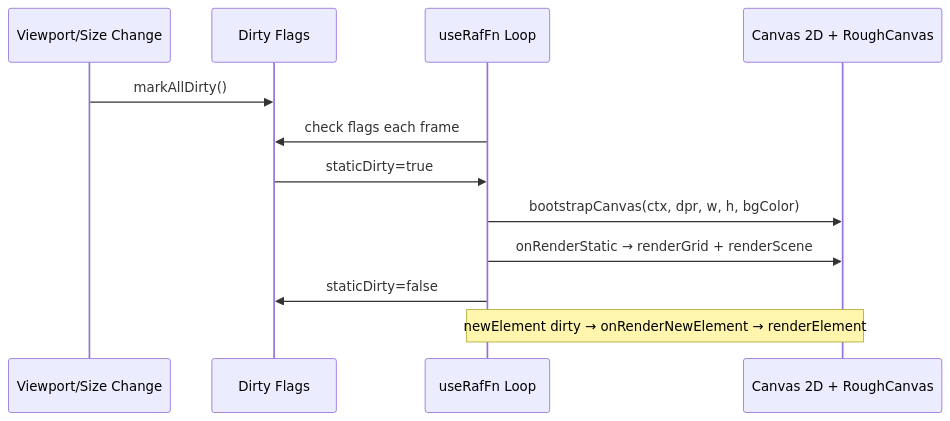
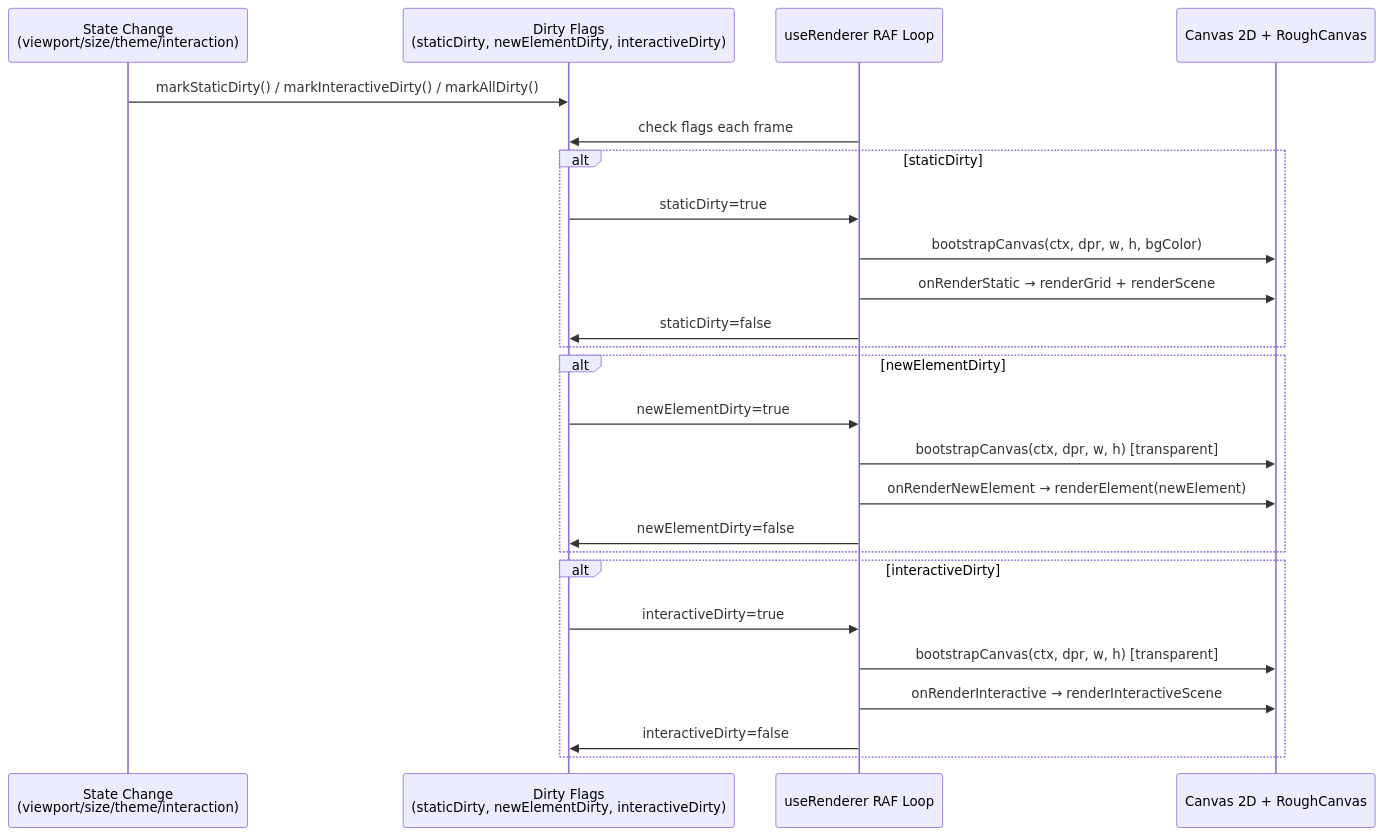
The first of 3 diagrams in docs/diagrams/render-pipeline.md (alexanderop/excalidrawNuxt), drawn with Mermaid before and after one commit. The commit also changed other lines of this file and 74 other files, not shown here.

````diff
--- a/docs/diagrams/render-pipeline.md
+++ b/docs/diagrams/render-pipeline.md
@@ -5,15 +7,28 @@
 ```mermaid
 sequenceDiagram
-    participant State as Viewport/Size Change
-    participant Dirty as Dirty Flags
-    participant RAF as useRafFn Loop
+    participant State as State Change<br/>(viewport/size/theme/interaction)
+    participant Dirty as Dirty Flags<br/>(staticDirty, newElementDirty, interactiveDirty)
+    participant RAF as useRenderer RAF Loop
     participant Canvas as Canvas 2D + RoughCanvas
 
-    State->>Dirty: markAllDirty()
+    State->>Dirty: markStaticDirty() / markInteractiveDirty() / markAllDirty()
     RAF->>Dirty: check flags each frame
-    Dirty->>RAF: staticDirty=true
-    RAF->>Canvas: bootstrapCanvas(ctx, dpr, w, h, bgColor)
-    RAF->>Canvas: onRenderStatic → renderGrid + renderScene
-    RAF->>Dirty: staticDirty=false
-    Note over RAF,Canvas: newElement dirty → onRenderNewElement → renderElement
+    alt staticDirty
+        Dirty->>RAF: staticDirty=true
+        RAF->>Canvas: bootstrapCanvas(ctx, dpr, w, h, bgColor)
+        RAF->>Canvas: onRenderStatic → renderGrid + renderScene
+        RAF->>Dirty: staticDirty=false
+    end
+    alt newElementDirty
+        Dirty->>RAF: newElementDirty=true
+        RAF->>Canvas: bootstrapCanvas(ctx, dpr, w, h) [transparent]
+        RAF->>Canvas: onRenderNewElement → renderElement(newElement)
+        RAF->>Dirty: newElementDirty=false
+    end
+    alt interactiveDirty
+        Dirty->>RAF: interactiveDirty=true
+        RAF->>Canvas: bootstrapCanvas(ctx, dpr, w, h) [transparent]
+        RAF->>Canvas: onRenderInteractive → renderInteractiveScene
+        RAF->>Dirty: interactiveDirty=false
+    end
 ```
````
